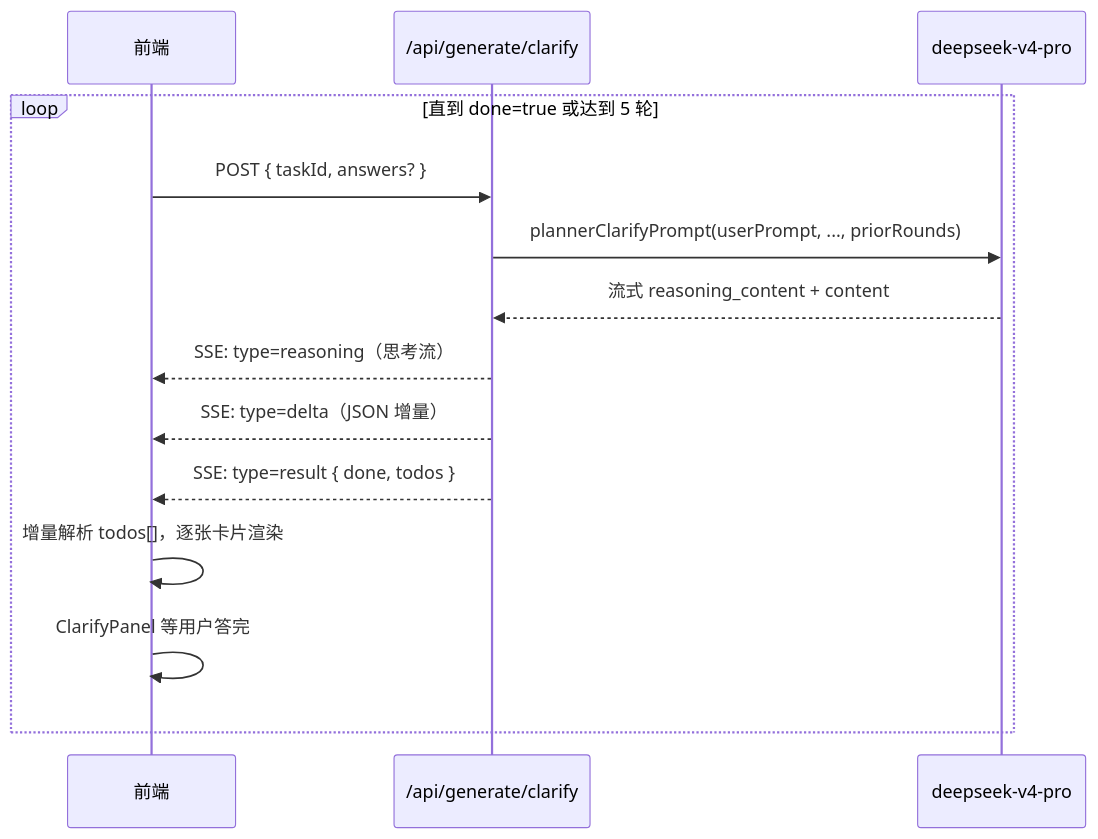
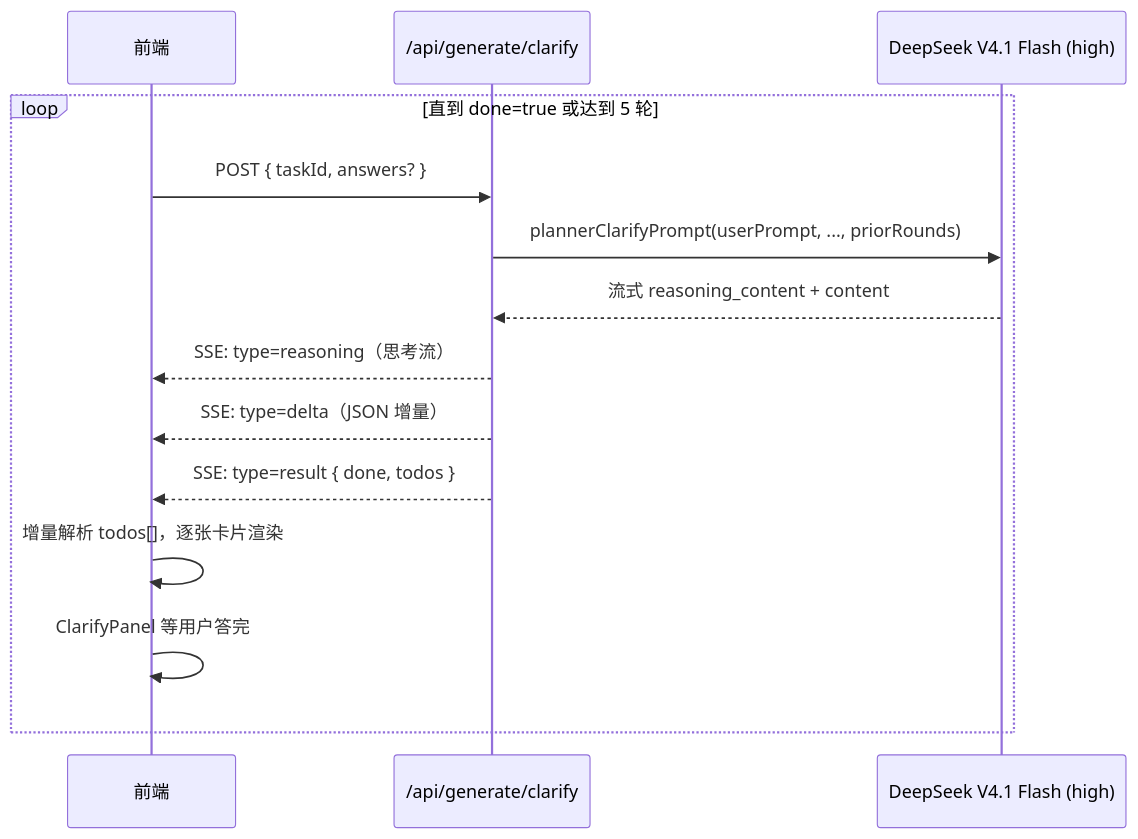
The second of 5 diagrams in docs/features/ai-workflow.md (superwfox/minecraft-dev), drawn with Mermaid before and after one commit. The commit also changed other lines of this file and 18 other files, not shown here.

First line of the commit message:
升级 DeepSeek V4.1 并按思考强度区分档位 ｜ upgrade DeepSeek V4.1 and route tiers by reasoning effort :

````diff
--- a/docs/features/ai-workflow.md
+++ b/docs/features/ai-workflow.md
@@ -92,17 +94,17 @@
 ```mermaid
 sequenceDiagram
     participant F as 前端
     participant C as /api/generate/clarify
-    participant AI as deepseek-v4-pro
+    participant AI as DeepSeek V4.1 Flash (high)
 
     loop 直到 done=true 或达到 5 轮
         F->>C: POST { taskId, answers? }
         C->>AI: plannerClarifyPrompt(userPrompt, ..., priorRounds)
         AI-->>C: 流式 reasoning_content + content
         C-->>F: SSE: type=reasoning（思考流）
         C-->>F: SSE: type=delta（JSON 增量）
         C-->>F: SSE: type=result { done, todos }
         F->>F: 增量解析 todos[]，逐张卡片渲染
         F->>F: ClarifyPanel 等用户答完
     end
 ```
````
